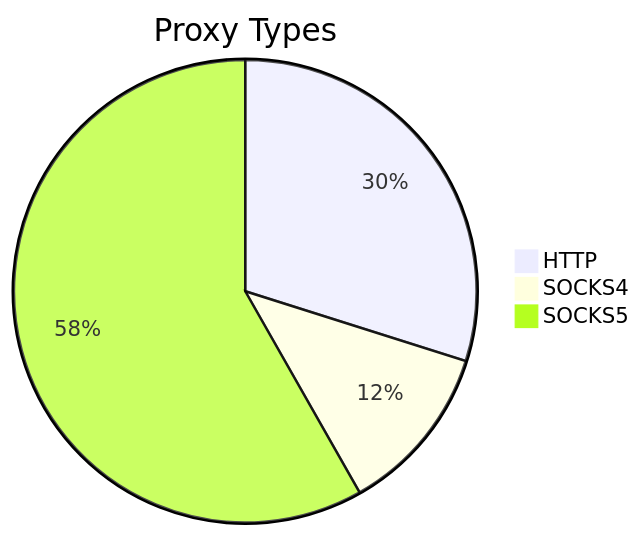
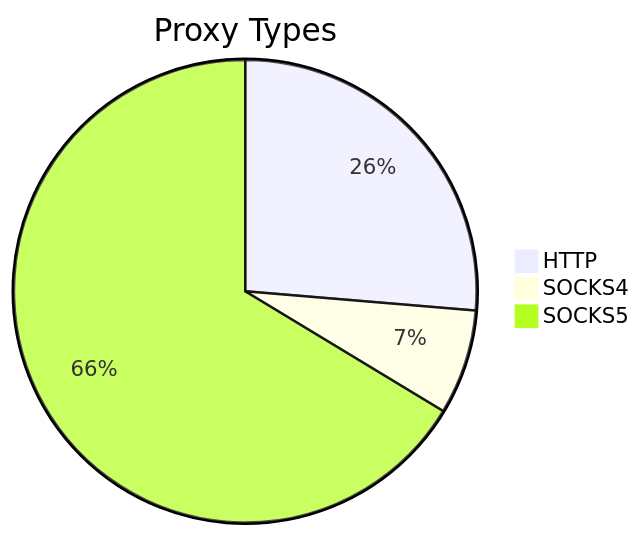
Before and after one commit to stormsia/proxy-list: the first of 2 diagrams in README.md, drawn with Mermaid. The commit also changed other lines of this file, not shown here.

````diff
--- a/README.md
+++ b/README.md
@@ -21,6 +21,6 @@
 ```mermaid
 pie title Proxy Types
-    "HTTP" : 118
-    "SOCKS4" : 47
-    "SOCKS5" : 230
+    "HTTP" : 79
+    "SOCKS4" : 22
+    "SOCKS5" : 199
 ```
````
